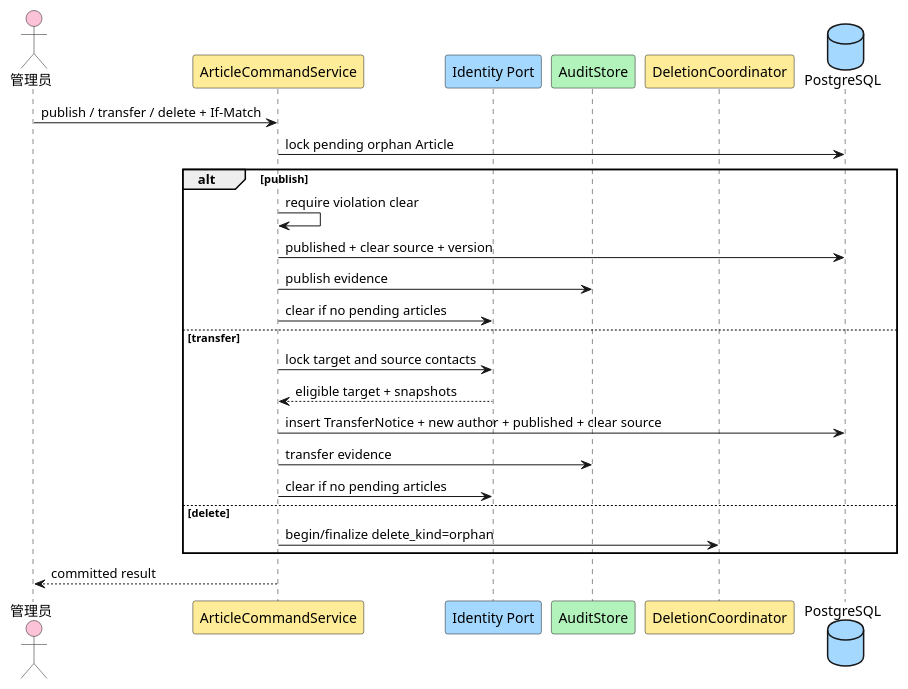
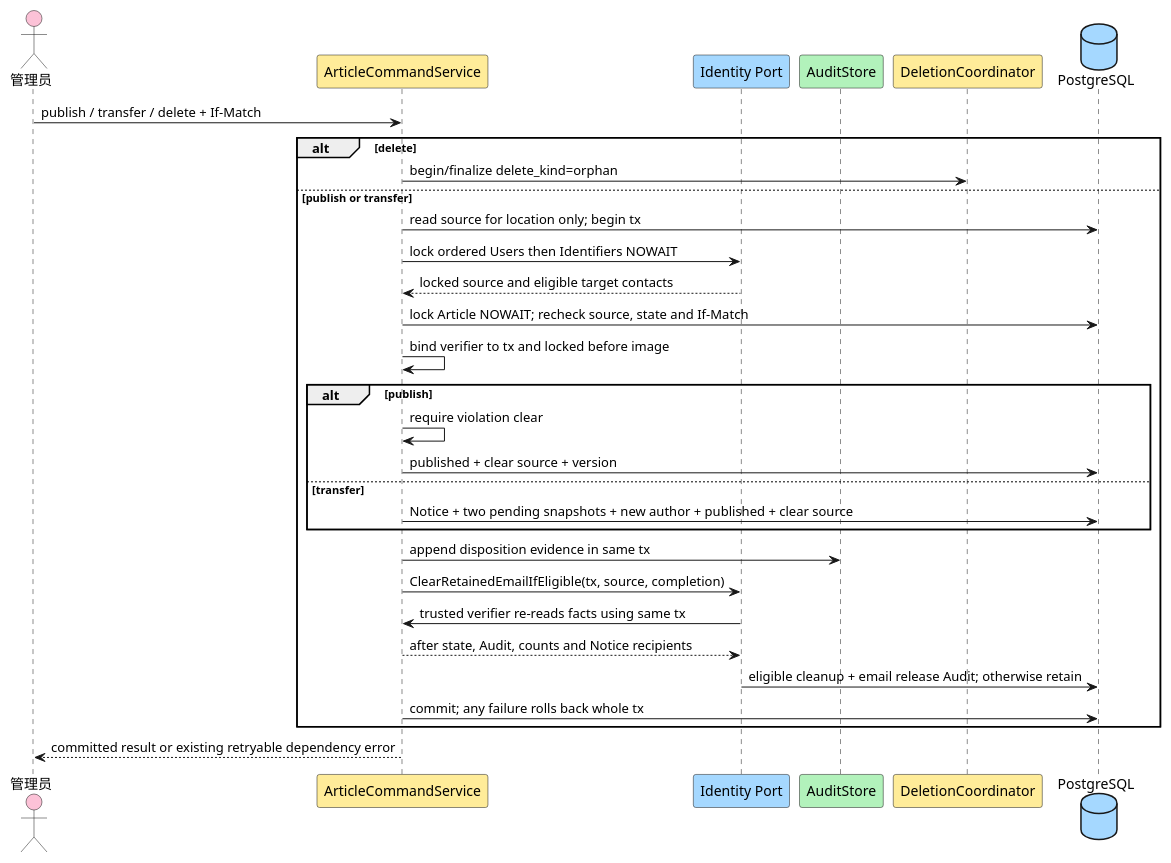
One commit to jianghua-hub-ai/han changed diagram 21 of 28 in .add/project/knowledge/design-workspace/article-management/design.md. Above: the diagram before and after it, drawn with PlantUML. The commit also changed other lines of this file and 26 other files, not shown here.

````diff
--- a/.add/project/knowledge/design-workspace/article-management/design.md
+++ b/.add/project/knowledge/design-workspace/article-management/design.md
@@ -1376,29 +1678,35 @@
 ```plantuml
 @startuml
 skinparam shadowing false
 skinparam defaultFontName "Microsoft YaHei"
 actor "管理员" as admin #fcc2d7
 participant "ArticleCommandService" as s #ffec99
 participant "Identity Port" as identity #a5d8ff
 participant "AuditStore" as audit #b2f2bb
 participant "DeletionCoordinator" as deletion #ffec99
 database "PostgreSQL" as db #a5d8ff
 admin -> s : publish / transfer / delete + If-Match
-s -> db : lock pending orphan Article
-alt publish
-  s -> s : require violation clear
-  s -> db : published + clear source + version
-  s -> audit : publish evidence
-  s -> identity : clear if no pending articles
-else transfer
-  s -> identity : lock target and source contacts
-  identity --> s : eligible target + snapshots
-  s -> db : insert TransferNotice + new author + published + clear source
-  s -> audit : transfer evidence
-  s -> identity : clear if no pending articles
-else delete
+alt delete
   s -> deletion : begin/finalize delete_kind=orphan
+else publish or transfer
+  s -> db : read source for location only; begin tx
+  s -> identity : lock ordered Users then Identifiers NOWAIT
+  identity --> s : locked source and eligible target contacts
+  s -> db : lock Article NOWAIT; recheck source, state and If-Match
+  s -> s : bind verifier to tx and locked before image
+  alt publish
+    s -> s : require violation clear
+    s -> db : published + clear source + version
+  else transfer
+    s -> db : Notice + two pending snapshots + new author + published + clear source
+  end
+  s -> audit : append disposition evidence in same tx
+  s -> identity : ClearRetainedEmailIfEligible(tx, source, completion)
+  identity -> s : trusted verifier re-reads facts using same tx
+  s --> identity : after state, Audit, counts and Notice recipients
+  identity -> db : eligible cleanup + email release Audit; otherwise retain
+  s -> db : commit; any failure rolls back whole tx
 end
-s --> admin : committed result
+s --> admin : committed result or existing retryable dependency error
 @enduml
 ```
````
